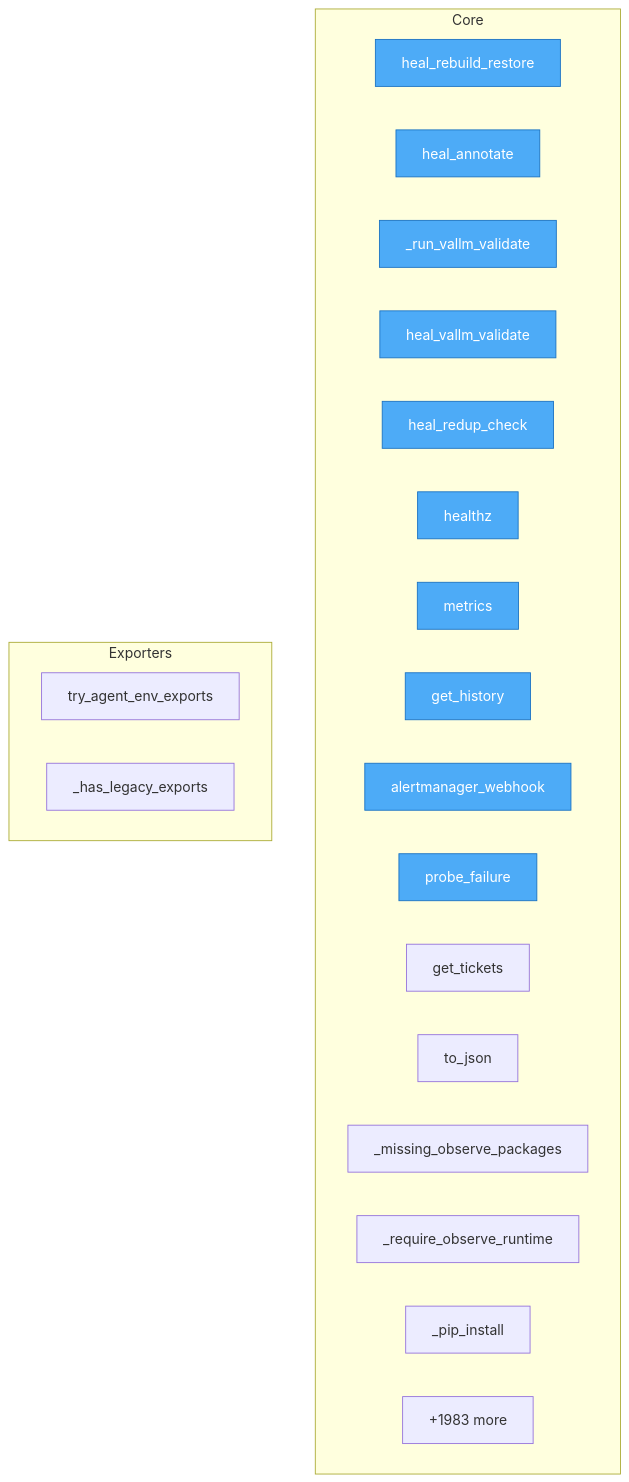
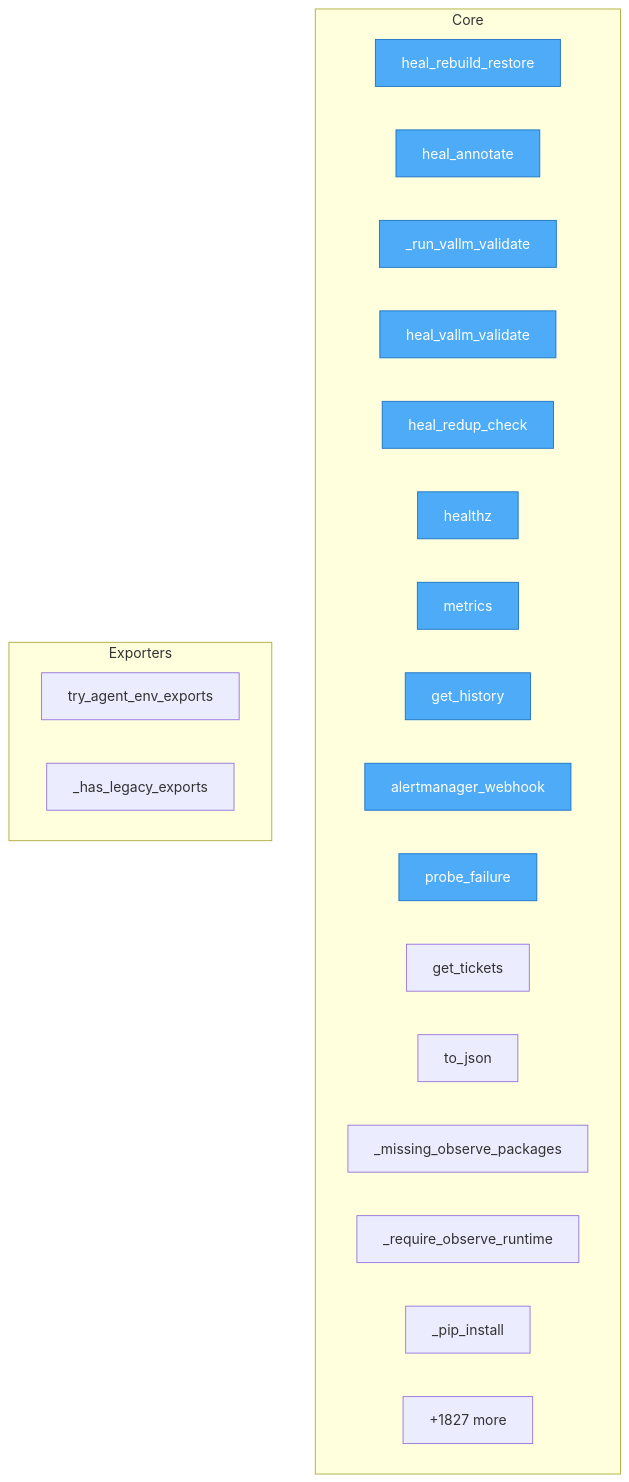
The diagram in project/flow.mmd (semcod/koru), drawn with Mermaid before and after one commit. The commit also changed 43 other files, not shown here.

```diff
--- a/project/flow.mmd
+++ b/project/flow.mmd
@@ -1,31 +1,31 @@
 flowchart TD
-%% generated in 0.16s
+%% generated in 0.12s
 
     %% Entry points (blue)
     classDef entry fill:#4dabf7,stroke:#1971c2,color:#fff
 
     subgraph Core
         services__healing_webhook__app__heal_rebuild_restore["heal_rebuild_restore"]
         services__healing_webhook__app__heal_annotate["heal_annotate"]
         services__healing_webhook__app___run_vallm_validate["_run_vallm_validate"]
         services__healing_webhook__app__heal_vallm_validate["heal_vallm_validate"]
         services__healing_webhook__app__heal_redup_check["heal_redup_check"]
         services__healing_webhook__app__healthz["healthz"]
         services__healing_webhook__app__metrics["metrics"]
         services__healing_webhook__app__get_history["get_history"]
         services__healing_webhook__app__alertmanager_webhook["alertmanager_webhook"]
         services__healing_webhook__app__probe_failure["probe_failure"]
         services__healing_webhook__app__get_tickets["get_tickets"]
         src__koruobserve__lifecycle__ObserveProcesses__to_json["to_json"]
         src__koruobserve__cli___missing_observe_packages["_missing_observe_packages"]
         src__koruobserve__cli___require_observe_runtime["_require_observe_runtime"]
         src__koruobserve__cli___pip_install["_pip_install"]
-        ...["+1983 more"]
+        ...["+1827 more"]
     end
 
     subgraph Exporters
         src__koru__agent_cli_helpers__try_agent_env_exports["try_agent_env_exports"]
         src__koru__cli___has_legacy_exports["_has_legacy_exports"]
     end
 
     class services__healing_webhook__app__heal_rebuild_restore,services__healing_webhook__app__heal_annotate,services__healing_webhook__app___run_vallm_validate,services__healing_webhook__app__heal_vallm_validate,services__healing_webhook__app__heal_redup_check,services__healing_webhook__app__healthz,services__healing_webhook__app__metrics,services__healing_webhook__app__get_history,services__healing_webhook__app__alertmanager_webhook,services__healing_webhook__app__probe_failure entry
```
